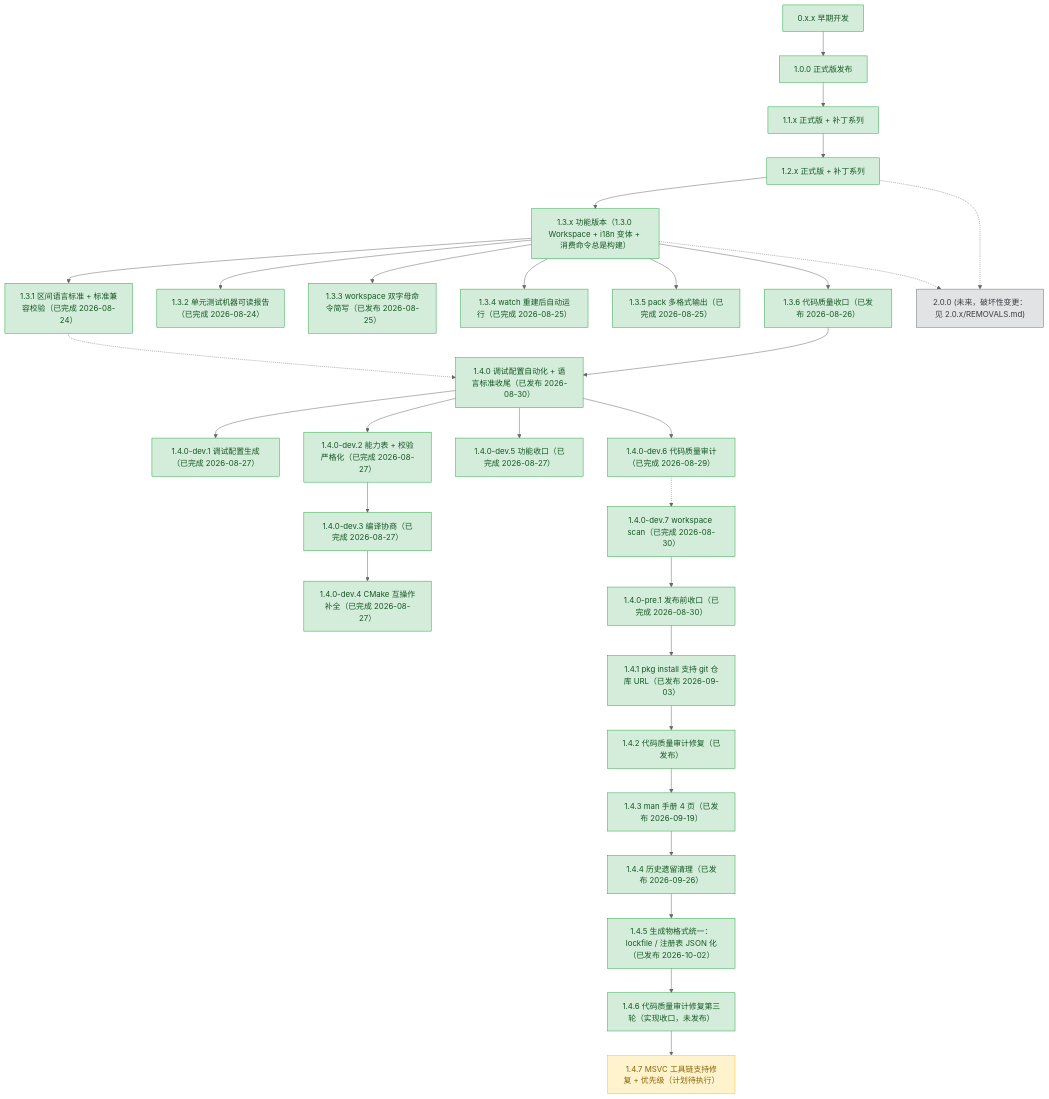
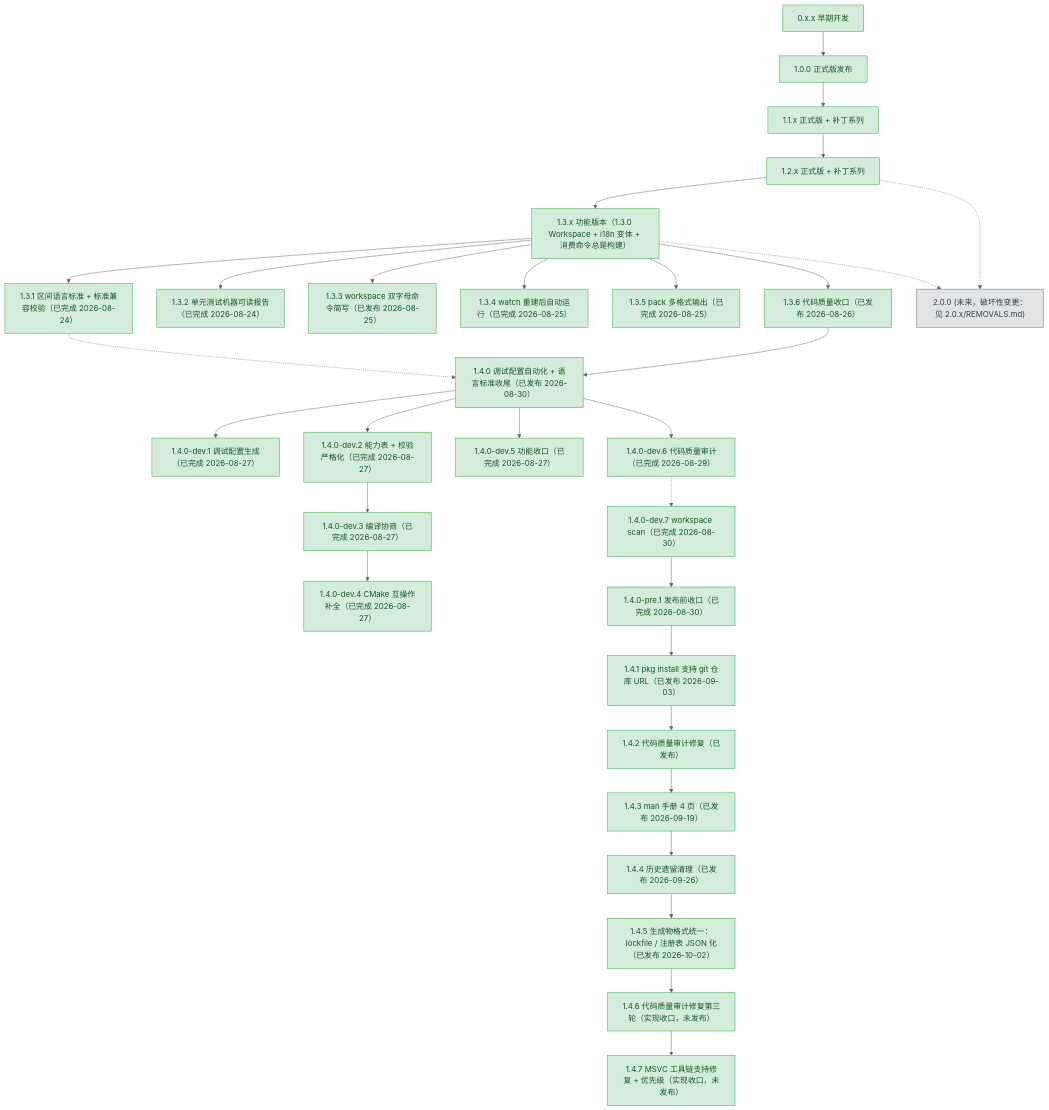
The diagram in plans/README.md (3667808244/EazyMake), drawn with Mermaid (neutral theme) before and after one commit. The commit also changed other lines of this file and 10 other files, not shown here.

````diff
--- a/plans/README.md
+++ b/plans/README.md
@@ -101,7 +101,7 @@
     v144p["1.4.4 历史遗留清理（已发布 2026-09-26）"]
     v145p["1.4.5 生成物格式统一：lockfile / 注册表 JSON 化（已发布 2026-10-02）"]
     v146p["1.4.6 代码质量审计修复第三轮（实现收口，未发布）"]
-    v147p["1.4.7 MSVC 工具链支持修复 + 优先级（计划待执行）"]
+    v147p["1.4.7 MSVC 工具链支持修复 + 优先级（实现收口，未发布）"]
     v200["2.0.0 (未来，破坏性变更：见 2.0.x/REMOVALS.md)"]
 
     v0xx --> v100
@@ -163,6 +163,6 @@
     class v144p done;
     class v145p done;
     class v146p done;
-    class v147p active;
+    class v147p done;
     class v200 todo;
 ```
````
